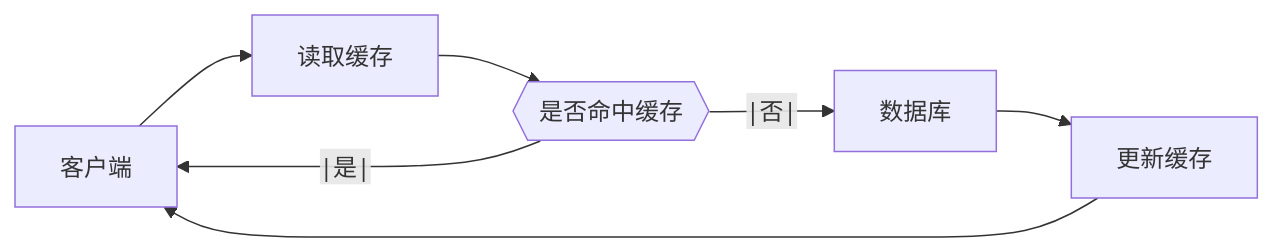
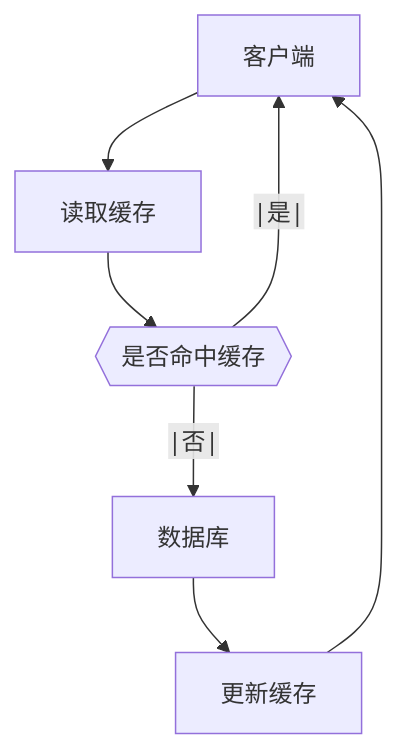
The diagram in docs/redis/redis-cache.md (whlit/whlit.github.io), drawn with Mermaid before and after one commit. The commit also changed 4 other files, not shown here.

````diff
--- a/docs/redis/redis-cache.md
+++ b/docs/redis/redis-cache.md
@@ -14,6 +14,6 @@
 ```mermaid
-graph LR
+graph TD
     Client[客户端] --> C[读取缓存] --> T{{是否命中缓存}}
     T --|是|--> Client
     T --|否|--> DB[数据库] --> Cache[更新缓存] --> Client
 ```
````
